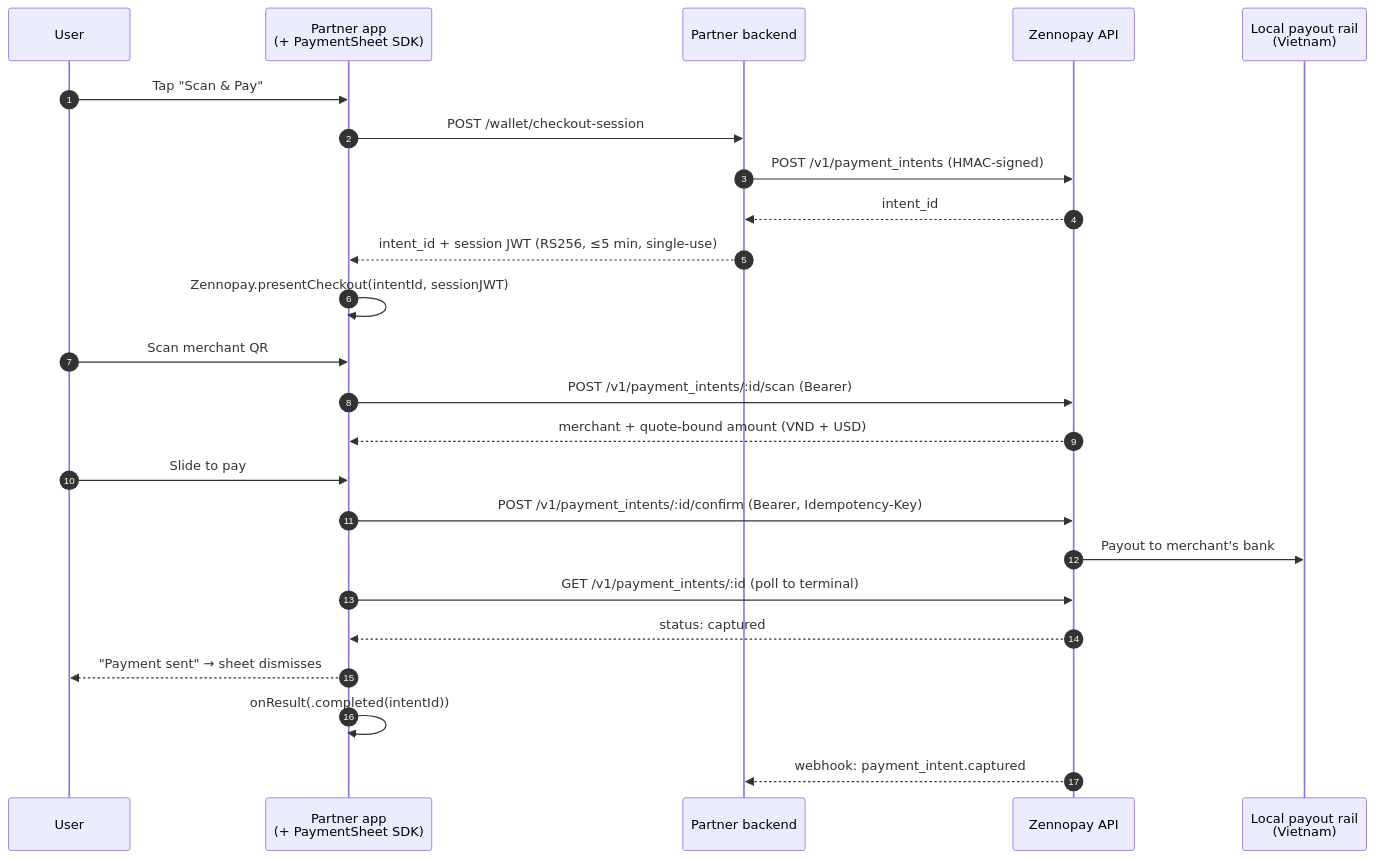
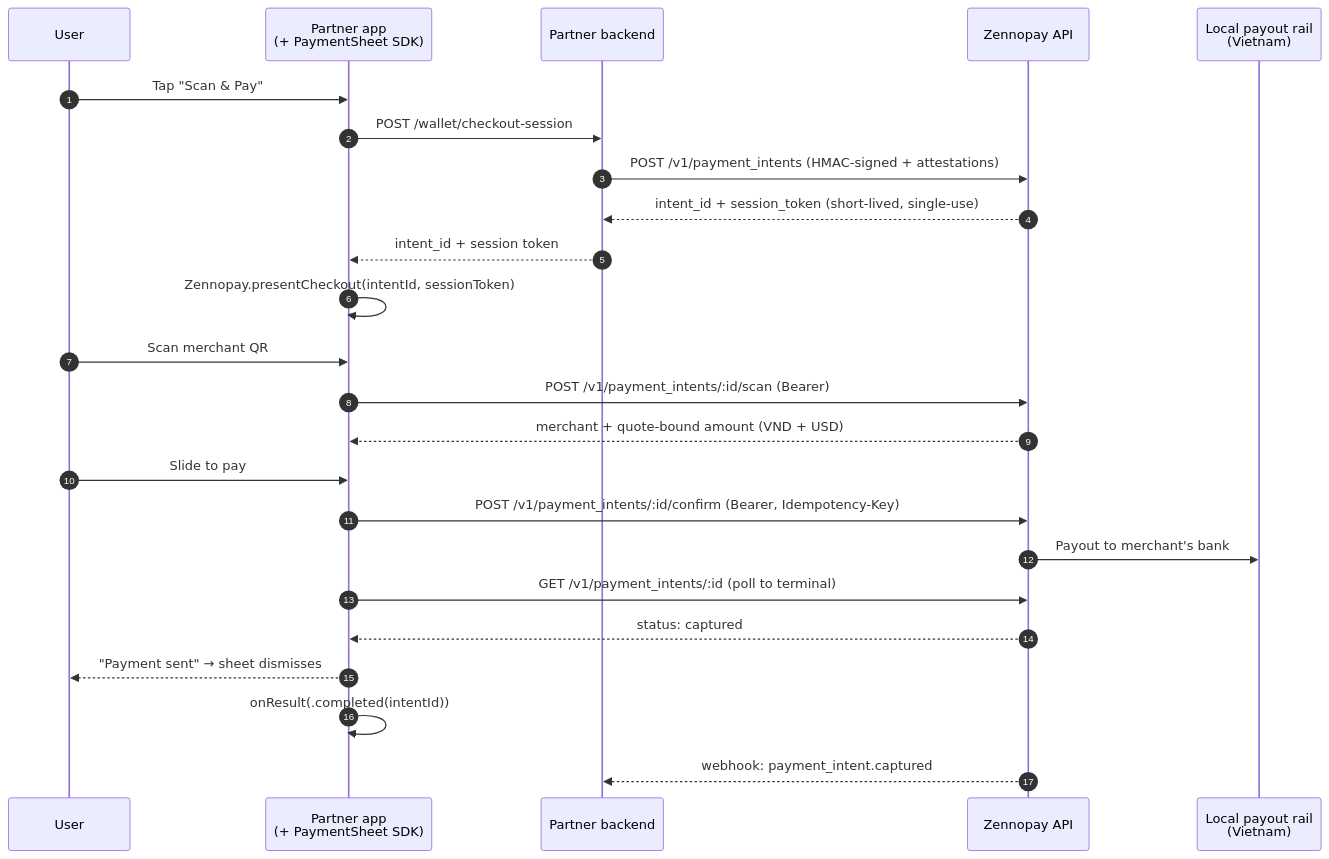
Before and after one commit to Zennopay/zennopay-docs: the diagram in payments/overview.mdx, drawn with Mermaid. The commit also changed other lines of this file and 25 other files, not shown here.

First line of the commit message:
docs: rewrite public docs to Model B (HMAC-only) integration flow (#2)

````diff
--- a/payments/overview.mdx
+++ b/payments/overview.mdx
@@ -76,27 +76,27 @@
 ```mermaid
 sequenceDiagram
     autonumber
     participant U as User
     participant App as Partner app<br/>(+ PaymentSheet SDK)
     participant BE as Partner backend
     participant ZP as Zennopay API
     participant Rail as Local payout rail<br/>(Vietnam)
 
     U->>App: Tap "Scan & Pay"
     App->>BE: POST /wallet/checkout-session
-    BE->>ZP: POST /v1/payment_intents (HMAC-signed)
-    ZP-->>BE: intent_id
-    BE-->>App: intent_id + session JWT (RS256, ≤5 min, single-use)
-    App->>App: Zennopay.presentCheckout(intentId, sessionJWT)
+    BE->>ZP: POST /v1/payment_intents (HMAC-signed + attestations)
+    ZP-->>BE: intent_id + session_token (short-lived, single-use)
+    BE-->>App: intent_id + session token
+    App->>App: Zennopay.presentCheckout(intentId, sessionToken)
     U->>App: Scan merchant QR
     App->>ZP: POST /v1/payment_intents/:id/scan (Bearer)
     ZP-->>App: merchant + quote-bound amount (VND + USD)
     U->>App: Slide to pay
     App->>ZP: POST /v1/payment_intents/:id/confirm (Bearer, Idempotency-Key)
     ZP->>Rail: Payout to merchant's bank
     App->>ZP: GET /v1/payment_intents/:id (poll to terminal)
     ZP-->>App: status: captured
     App-->>U: "Payment sent" → sheet dismisses
     App->>App: onResult(.completed(intentId))
     ZP-->>BE: webhook: payment_intent.captured
 ```
````
